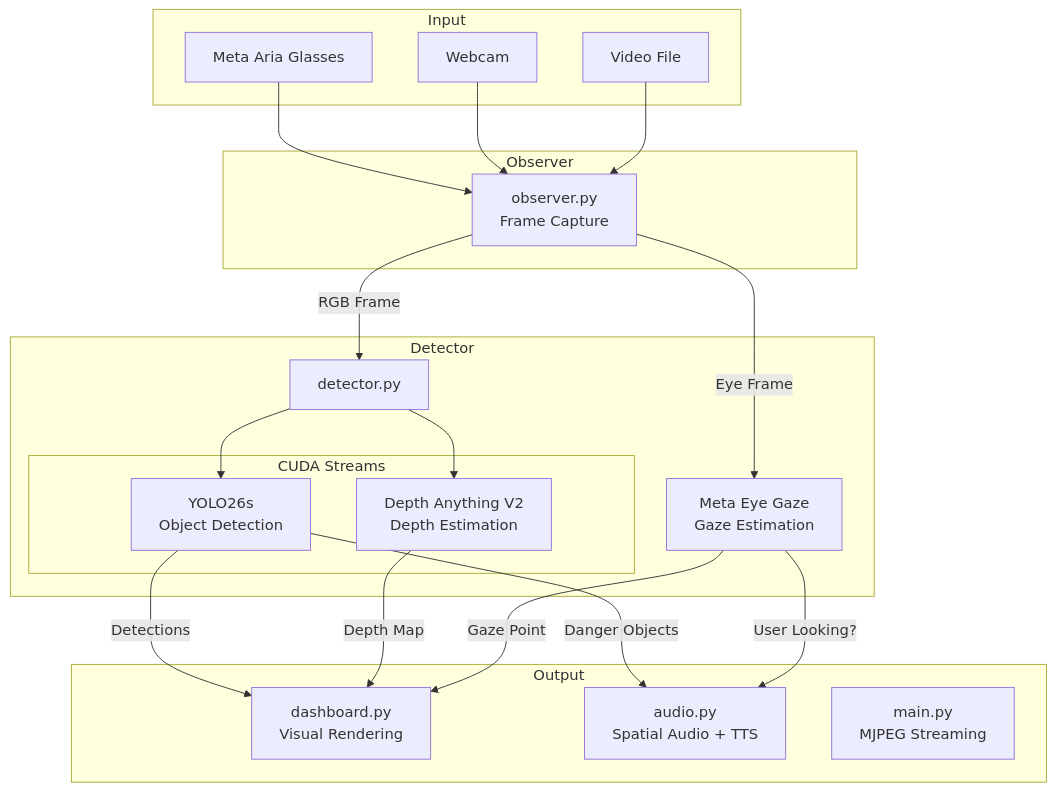
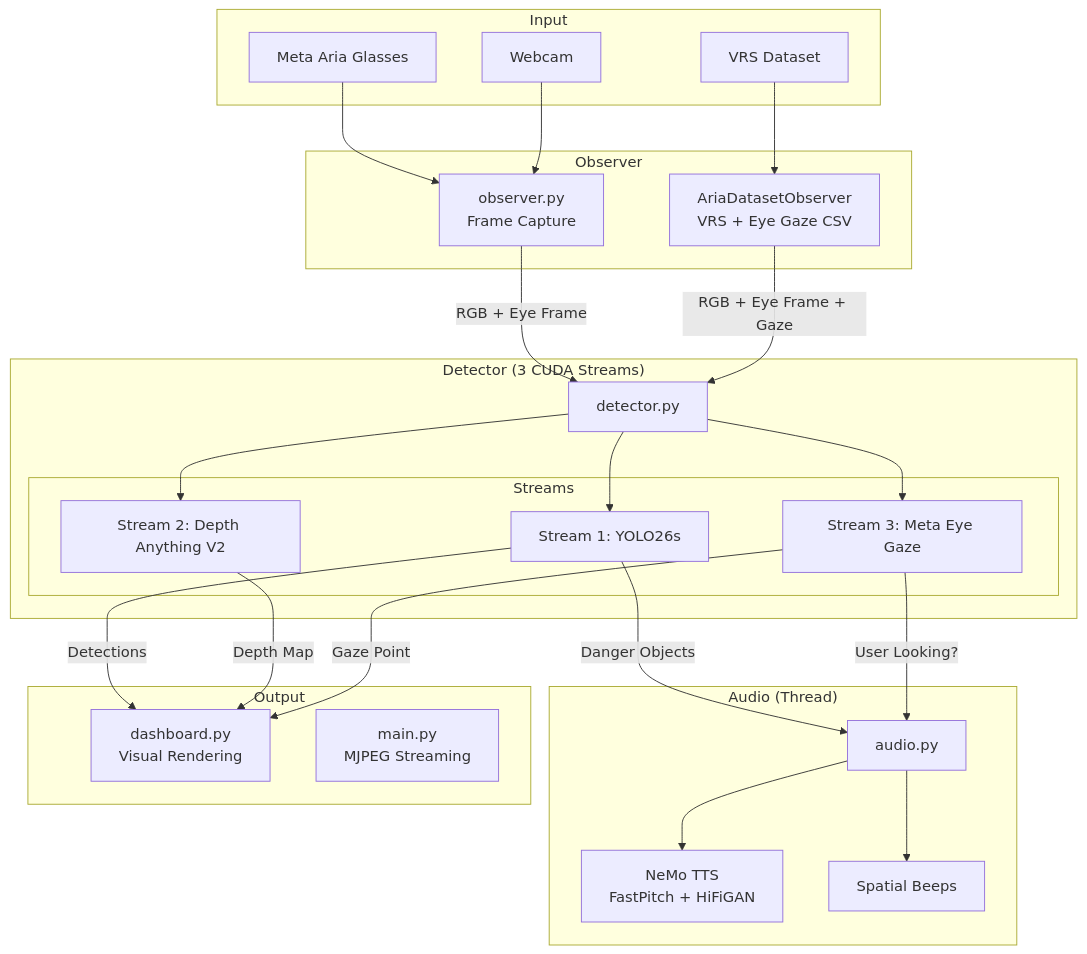
One commit to robertteleng/aria-demo changed the first of 6 diagrams in docs/README.md. Above: the diagram before and after it, drawn with Mermaid. The commit also changed other lines of this file and 5 other files, not shown here.

First line of the commit message:
fix: run NeMo TTS in separate process to avoid CUDA conflicts

````diff
--- a/docs/README.md
+++ b/docs/README.md
@@ -16,44 +19,53 @@
 ```mermaid
 graph TB
     subgraph Input
         ARIA[Meta Aria Glasses]
+        VRS[VRS Dataset]
         WEB[Webcam]
-        VID[Video File]
     end
 
     subgraph Observer
         OBS[observer.py<br/>Frame Capture]
+        DOBS[AriaDatasetObserver<br/>VRS + Eye Gaze CSV]
     end
 
-    subgraph Detector
+    subgraph Detector["Detector (3 CUDA Streams)"]
         DET[detector.py]
-        subgraph CUDA Streams
-            YOLO[YOLO26s<br/>Object Detection]
-            DEPTH[Depth Anything V2<br/>Depth Estimation]
+        subgraph Streams
+            S1[Stream 1: YOLO26s]
+            S2[Stream 2: Depth Anything V2]
+            S3[Stream 3: Meta Eye Gaze]
         end
-        GAZE[Meta Eye Gaze<br/>Gaze Estimation]
+    end
+
+    subgraph Audio["Audio (Thread)"]
+        AUD[audio.py]
+        NEMO[NeMo TTS<br/>FastPitch + HiFiGAN]
+        BEEP[Spatial Beeps]
     end
 
     subgraph Output
         DASH[dashboard.py<br/>Visual Rendering]
-        AUD[audio.py<br/>Spatial Audio + TTS]
         SRV[main.py<br/>MJPEG Streaming]
     end
 
     ARIA --> OBS
     WEB --> OBS
-    VID --> OBS
+    VRS --> DOBS
 
-    OBS -->|RGB Frame| DET
-    OBS -->|Eye Frame| GAZE
+    OBS -->|RGB + Eye Frame| DET
+    DOBS -->|RGB + Eye Frame + Gaze| DET
 
-    DET --> YOLO
-    DET --> DEPTH
+    DET --> S1
+    DET --> S2
+    DET --> S3
 
-    YOLO -->|Detections| DASH
-    DEPTH -->|Depth Map| DASH
-    GAZE -->|Gaze Point| DASH
+    S1 -->|Detections| DASH
+    S2 -->|Depth Map| DASH
+    S3 -->|Gaze Point| DASH
 
-    YOLO -->|Danger Objects| AUD
-    GAZE -->|User Looking?| AUD
+    S1 -->|Danger Objects| AUD
+    S3 -->|User Looking?| AUD
+    AUD --> NEMO
+    AUD --> BEEP
 ```
````
